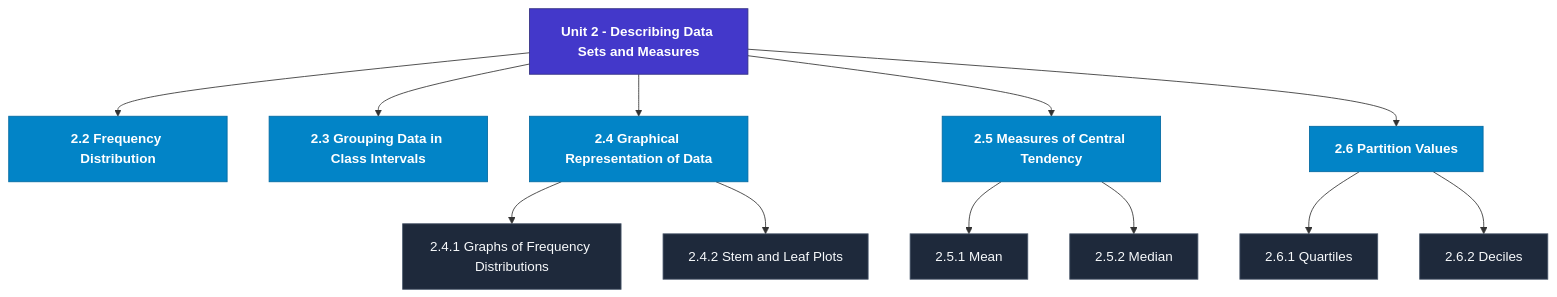
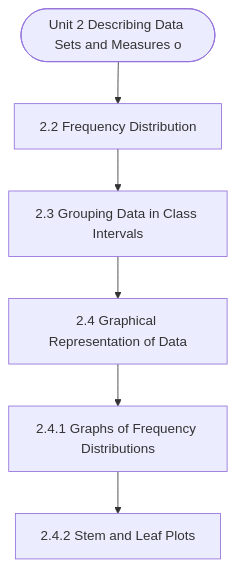
One commit to Asutosh-Coaching/mscdsa changed the diagram in notes/Semester_2/MCS-066_Mathematical_Foundations_-_II/unit_02_Describing_Data_Sets_and_Measures_of_Central_Tende.md. Above: the diagram before and after it, drawn with Mermaid. The commit also changed other lines of this file and 115 other files, not shown here.

Commit message:
Fix Mermaid layout for mobile, isolate LaTeX delimiters, and add GitHub Pages reader

````diff
--- a/notes/Semester_2/MCS-066_Mathematical_Foundations_-_II/unit_02_Describing_Data_Sets_and_Measures_of_Central_Tende.md
+++ b/notes/Semester_2/MCS-066_Mathematical_Foundations_-_II/unit_02_Describing_Data_Sets_and_Measures_of_Central_Tende.md
@@ -19,31 +19,14 @@
 ```mermaid
 flowchart TD
-  %% Styling Definitions
-  classDef head fill:#4338ca,stroke:#312e81,color:#ffffff,font-weight:bold;
-  classDef topic fill:#0284c7,stroke:#0369a1,color:#ffffff,font-weight:600;
-  classDef sub fill:#1e293b,stroke:#475569,color:#f8fafc;
-
-  Root["Unit 2 - Describing Data Sets and Measures"]:::head
-  M1["2.2 Frequency Distribution"]:::topic
-  Root --> M1
-  M2["2.3 Grouping Data in Class Intervals"]:::topic
-  Root --> M2
-  M3["2.4 Graphical Representation of Data"]:::topic
-  Root --> M3
-  M3_1["2.4.1 Graphs of Frequency Distributions"]:::sub
-  M3 --> M3_1
-  M3_2["2.4.2 Stem and Leaf Plots"]:::sub
-  M3 --> M3_2
-  M4["2.5 Measures of Central Tendency"]:::topic
-  Root --> M4
-  M4_1["2.5.1 Mean"]:::sub
-  M4 --> M4_1
-  M4_2["2.5.2 Median"]:::sub
-  M4 --> M4_2
-  M5["2.6 Partition Values"]:::topic
-  Root --> M5
-  M5_1["2.6.1 Quartiles"]:::sub
-  M5 --> M5_1
-  M5_2["2.6.2 Deciles"]:::sub
-  M5 --> M5_2
+  Start(["Unit 2 Describing Data Sets and Measures o"])
+  N1["2.2 Frequency Distribution"]
+  N2["2.3 Grouping Data in Class Intervals"]
+  N3["2.4 Graphical Representation of Data"]
+  N4["2.4.1 Graphs of Frequency Distributions"]
+  N5["2.4.2 Stem and Leaf Plots"]
+  Start --> N1
+  N1 --> N2
+  N2 --> N3
+  N3 --> N4
+  N4 --> N5
 ```
````
